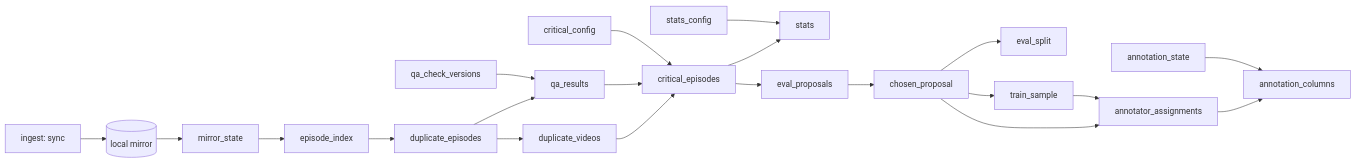
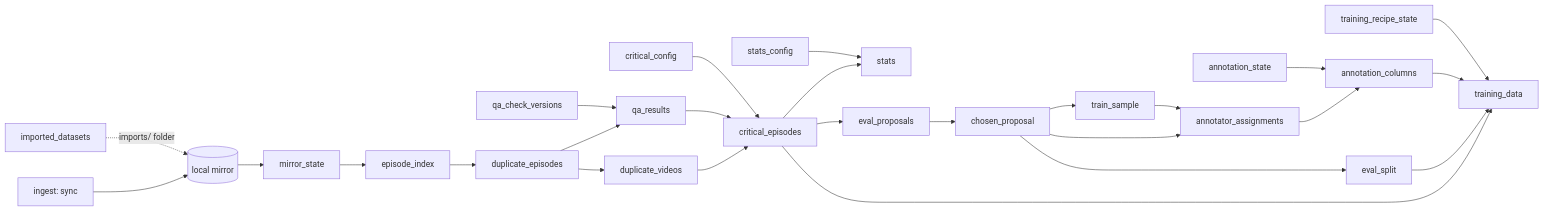
The diagram in docs/pipeline.md (oopsie-data/oopsie-backend), drawn with Mermaid before and after one commit. The commit also changed other lines of this file and 47 other files, not shown here.

Commit message:
Adds training data generation

````diff
--- a/docs/pipeline.md
+++ b/docs/pipeline.md
@@ -5,23 +5,28 @@
 ```mermaid
 flowchart LR
   sync["ingest: sync"] --> mirror[("local mirror")]
   mirror --> mirror_state
   mirror_state --> episode_index
   episode_index --> duplicate_episodes
   duplicate_episodes --> duplicate_videos
   duplicate_episodes --> qa_results
   qa_check_versions --> qa_results
   duplicate_videos --> critical_episodes
   qa_results --> critical_episodes
   critical_config --> critical_episodes
   critical_episodes --> stats
   stats_config --> stats
   critical_episodes --> eval_proposals
   eval_proposals --> chosen_proposal
   chosen_proposal --> eval_split
   chosen_proposal --> train_sample
   chosen_proposal --> annotator_assignments
   train_sample --> annotator_assignments
   annotator_assignments --> annotation_columns
   annotation_state --> annotation_columns
+  imported_datasets -. "imports/ folder" .-> mirror
+  critical_episodes --> training_data
+  eval_split --> training_data
+  annotation_columns --> training_data
+  training_recipe_state --> training_data
 ```
````
